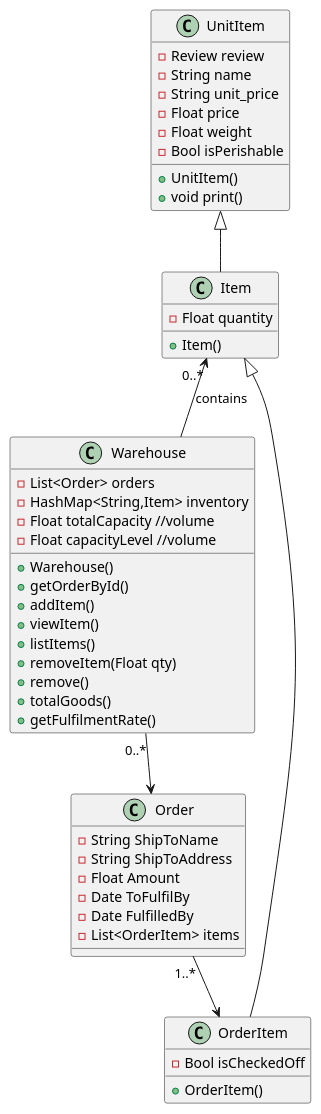
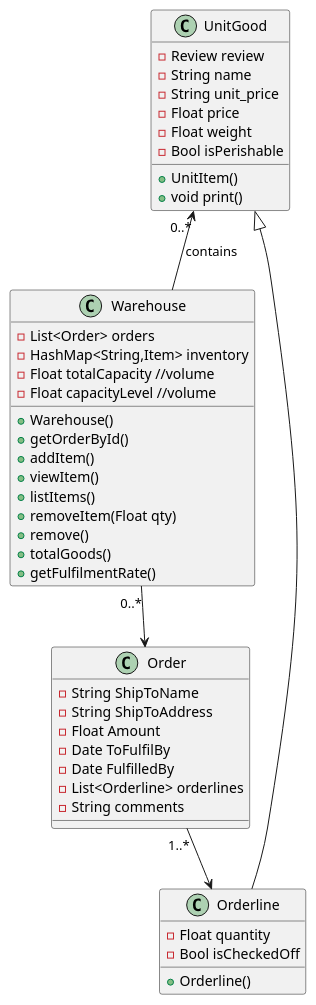
The diagram in docs/diagrams/roughTp.puml (nus-cs2113-AY2122S2/tp), drawn with PlantUML before and after one commit. The commit also changed 22 other files, not shown here.

```diff
--- a/docs/diagrams/roughTp.puml
+++ b/docs/diagrams/roughTp.puml
@@ -1,56 +1,54 @@
  @startuml random
 
 class Order{
     - String ShipToName
     - String ShipToAddress
     - Float Amount
     - Date ToFulfilBy
     - Date FulfilledBy
-    - List<OrderItem> items 
+    - List<Orderline> orderlines
+    - String comments
 }
 
 
 class Warehouse{
     - List<Order> orders
     - HashMap<String,Item> inventory
     - Float totalCapacity //volume
     - Float capacityLevel //volume
     + Warehouse()
     + getOrderById()
     + addItem()
     + viewItem()
     + listItems()
     + removeItem(Float qty)
     + remove()
     + totalGoods()
     + getFulfilmentRate()
 
 }
 
-class UnitItem{
+class UnitGood{
     - Review review
     - String name
     - String unit_price
     - Float price
     - Float weight
     - Bool isPerishable
     + UnitItem()  
     + void print()
 }
 
-class Item extends UnitItem{
+class Orderline extends UnitGood{
     - Float quantity
-    + Item()
+    - Bool isCheckedOff
+    + Orderline()
 }
-' quantity here refers to how much 
-class OrderItem extends Item{
-    - Bool isCheckedOff
-    + OrderItem()
-}
+' quantity here refers to how much
 
 
 ' Billable <|-- Item
-Item "0..*"<-- Warehouse : contains
+UnitGood "0..*"<-- Warehouse : contains
 Warehouse "0..*"--> Order
-Order "1..*" --> OrderItem
+Order "1..*" --> Orderline
 @enduml
```
